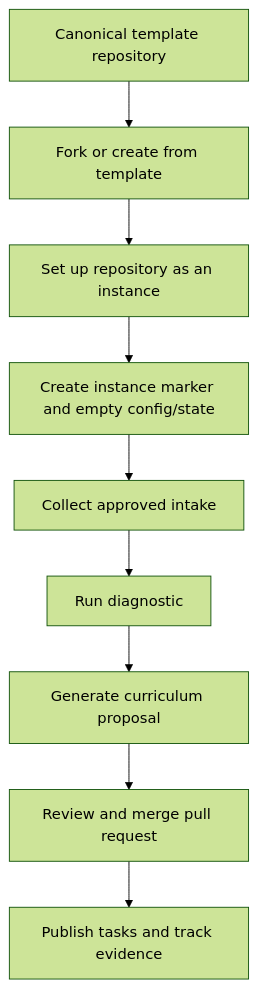
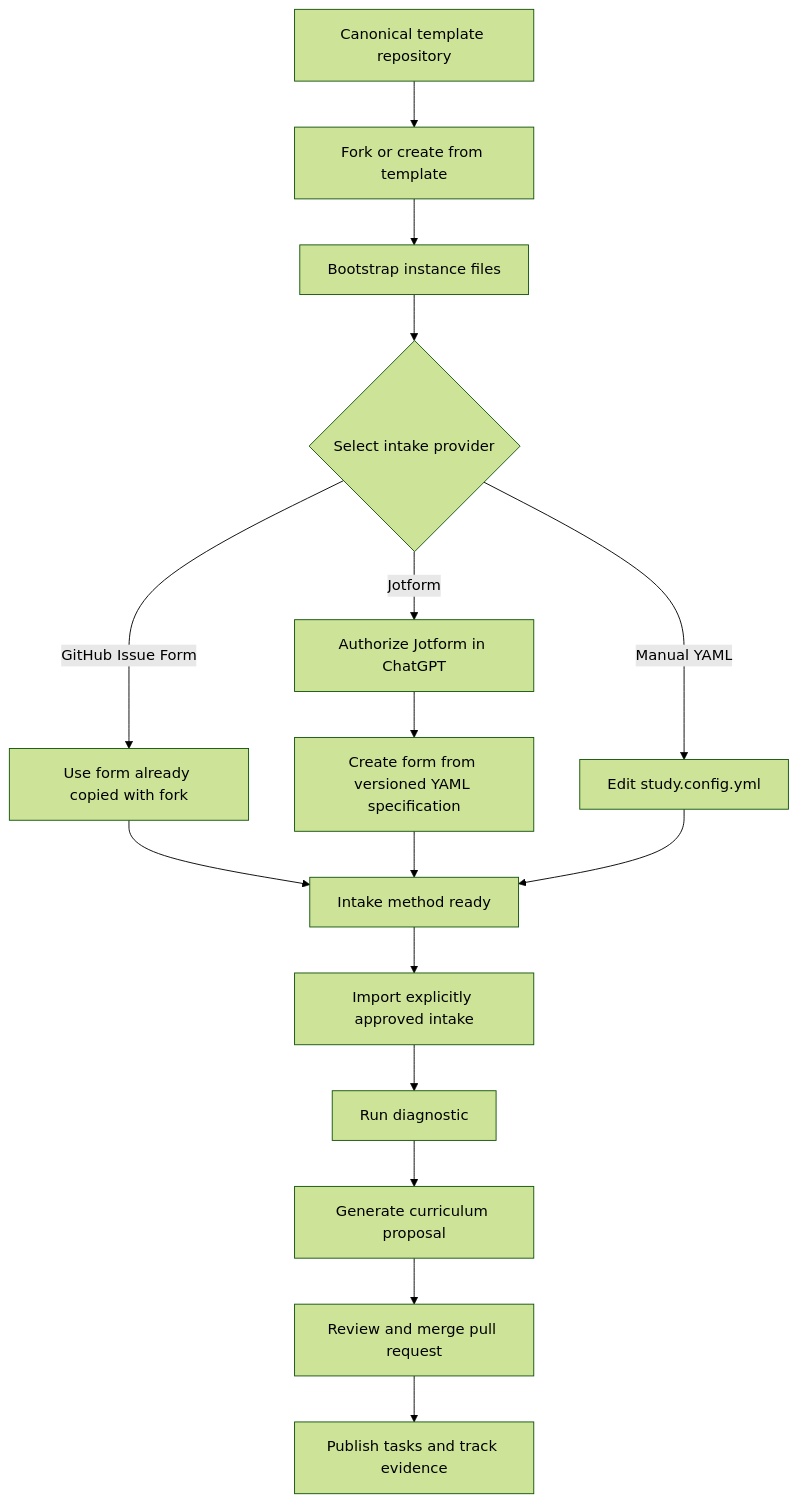
The diagram in docs/template-lifecycle.md (diegomoura/open-study-path), drawn with Mermaid (forest theme) before and after one commit. The commit also changed other lines of this file, not shown here.

Commit message:
document automatic intake lifecycle

````diff
--- a/docs/template-lifecycle.md
+++ b/docs/template-lifecycle.md
@@ -5,11 +5,18 @@
 ```mermaid
 flowchart TD
     T[Canonical template repository] --> F[Fork or create from template]
-    F --> S[Set up repository as an instance]
-    S --> C[Create instance marker and empty config/state]
-    C --> I[Collect approved intake]
+    F --> B[Bootstrap instance files]
+    B --> P{Select intake provider}
+    P -->|GitHub Issue Form| GI[Use form already copied with fork]
+    P -->|Jotform| JA[Authorize Jotform in ChatGPT]
+    JA --> JC[Create form from versioned YAML specification]
+    P -->|Manual YAML| MY[Edit study.config.yml]
+    GI --> R[Intake method ready]
+    JC --> R
+    MY --> R
+    R --> I[Import explicitly approved intake]
     I --> D[Run diagnostic]
     D --> G[Generate curriculum proposal]
-    G --> P[Review and merge pull request]
-    P --> X[Publish tasks and track evidence]
+    G --> PR[Review and merge pull request]
+    PR --> X[Publish tasks and track evidence]
 ```
````
